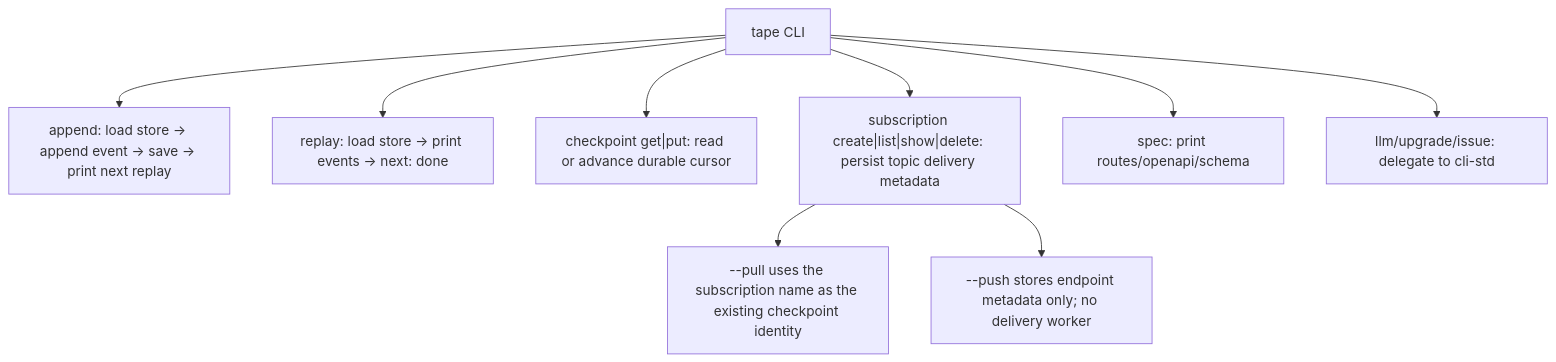
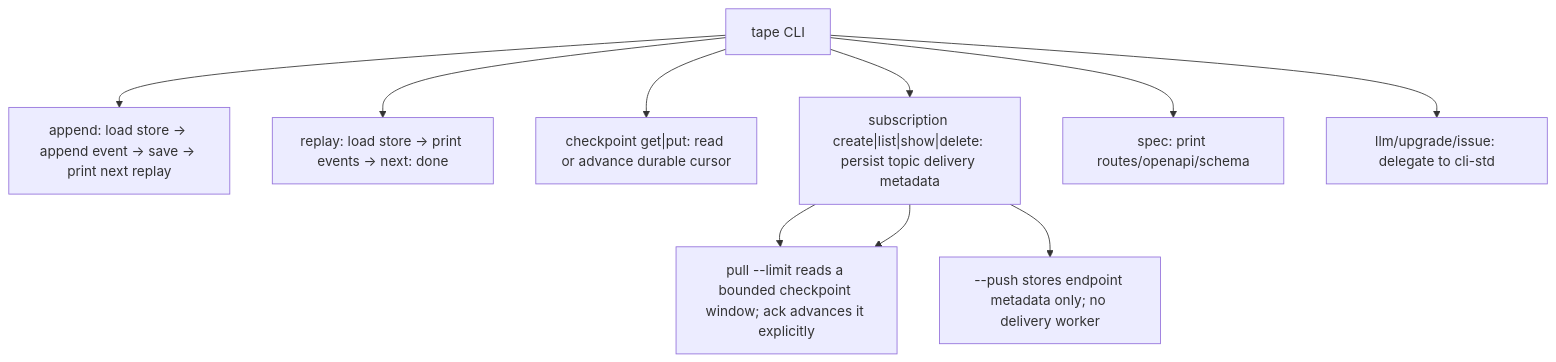
The first of 2 diagrams in apps/tape/tech-design/semantic/source/apps-tape-src-bin-tape-rs.md (chrischeng-c4/axiom), drawn with Mermaid before and after one commit. The commit also changed other lines of this file and 11 other files, not shown here.

First line of the commit message:
feat(tape): add bounded pull subscriptions

````diff
--- a/apps/tape/tech-design/semantic/source/apps-tape-src-bin-tape-rs.md
+++ b/apps/tape/tech-design/semantic/source/apps-tape-src-bin-tape-rs.md
@@ -52,14 +52,15 @@
 ```mermaid
 ---
 id: tape-td-flow
 ---
 flowchart TD
     cli["tape CLI"] --> append["append: load store -> append event -> save -> print next replay"]
     cli --> replay["replay: load store -> print events -> next: done"]
     cli --> checkpoint["checkpoint get|put: read or advance durable cursor"]
     cli --> subscription["subscription create|list|show|delete: persist topic delivery metadata"]
     subscription --> pull["--pull uses the subscription name as the existing checkpoint identity"]
     subscription --> push["--push stores endpoint metadata only; no delivery worker"]
+    subscription --> pull["pull --limit reads a bounded checkpoint window; ack advances it explicitly"]
     cli --> spec["spec: print routes/openapi/schema"]
     cli --> std["llm/upgrade/issue: delegate to cli-std"]
 ```
````
